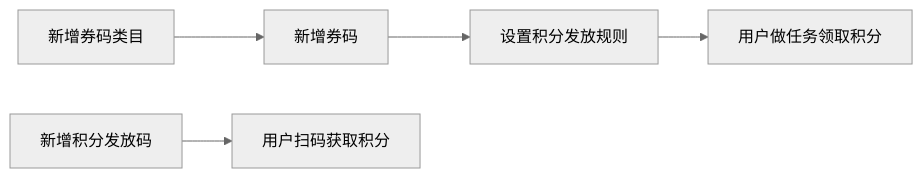
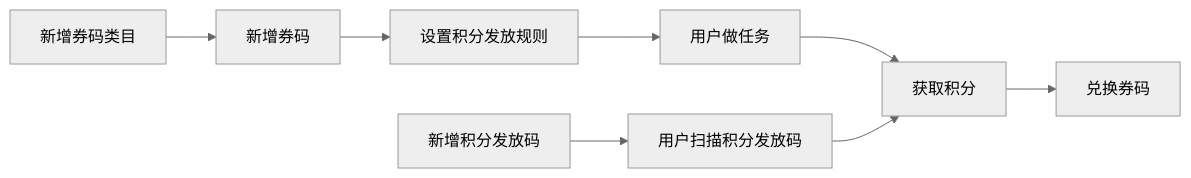
One commit to SaintKayLuk/ZA-user-manual changed the seventh of 7 diagrams in 刑侦反骗码用户后台/刑侦反骗码用户后台-用户手册.md. Above: the diagram before and after it, drawn with Mermaid (neutral theme). The commit also changed other lines of this file and 3 other files, not shown here.

````diff
--- a/刑侦反骗码用户后台/刑侦反骗码用户后台-用户手册.md
+++ b/刑侦反骗码用户后台/刑侦反骗码用户后台-用户手册.md
@@ -777,5 +769,5 @@
 ```mermaid
   graph LR
-  1[新增券码类目] --> 2[新增券码] --> 3[设置积分发放规则] --> 4[用户做任务领取积分]
-  5[新增积分发放码] --> 6[用户扫码获取积分] 
+  1[新增券码类目] --> 2[新增券码] --> 3[设置积分发放规则] --> 4[用户做任务] --> 11[获取积分]
+  5[新增积分发放码] --> 6[用户扫描积分发放码] --> 11[获取积分] --> 12[兑换券码]
 ```
````
